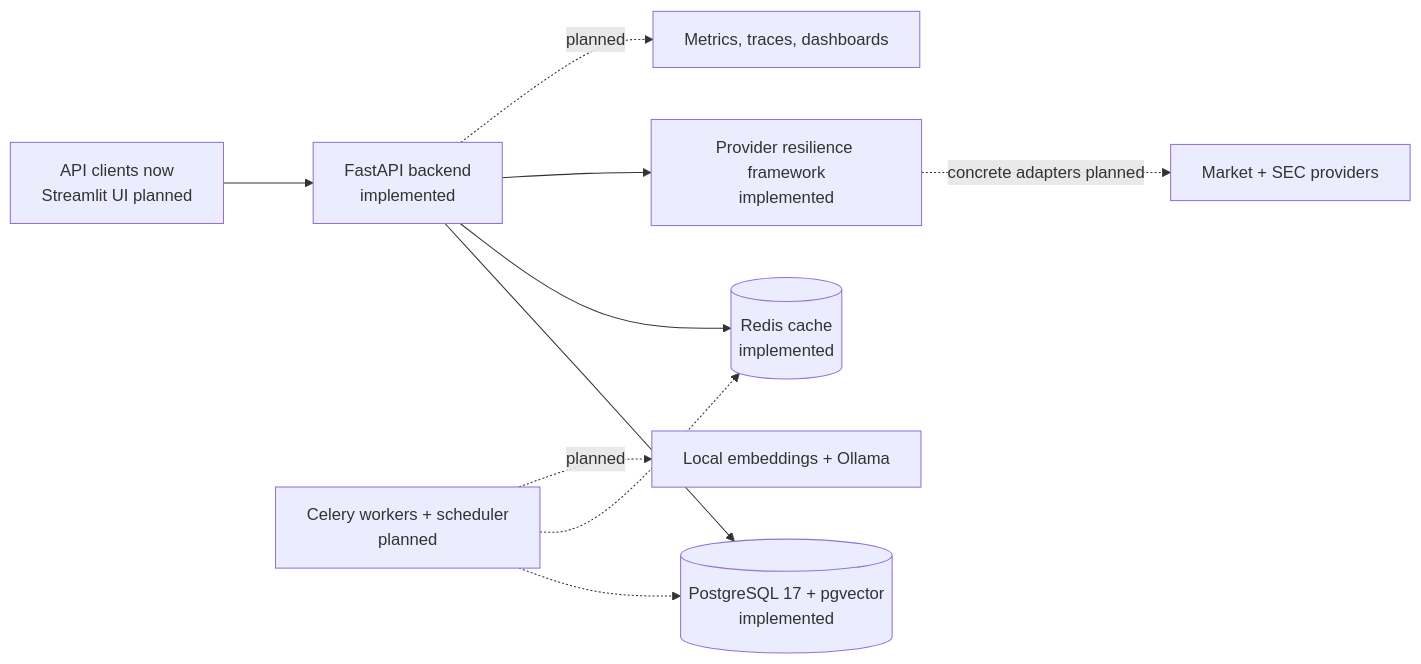
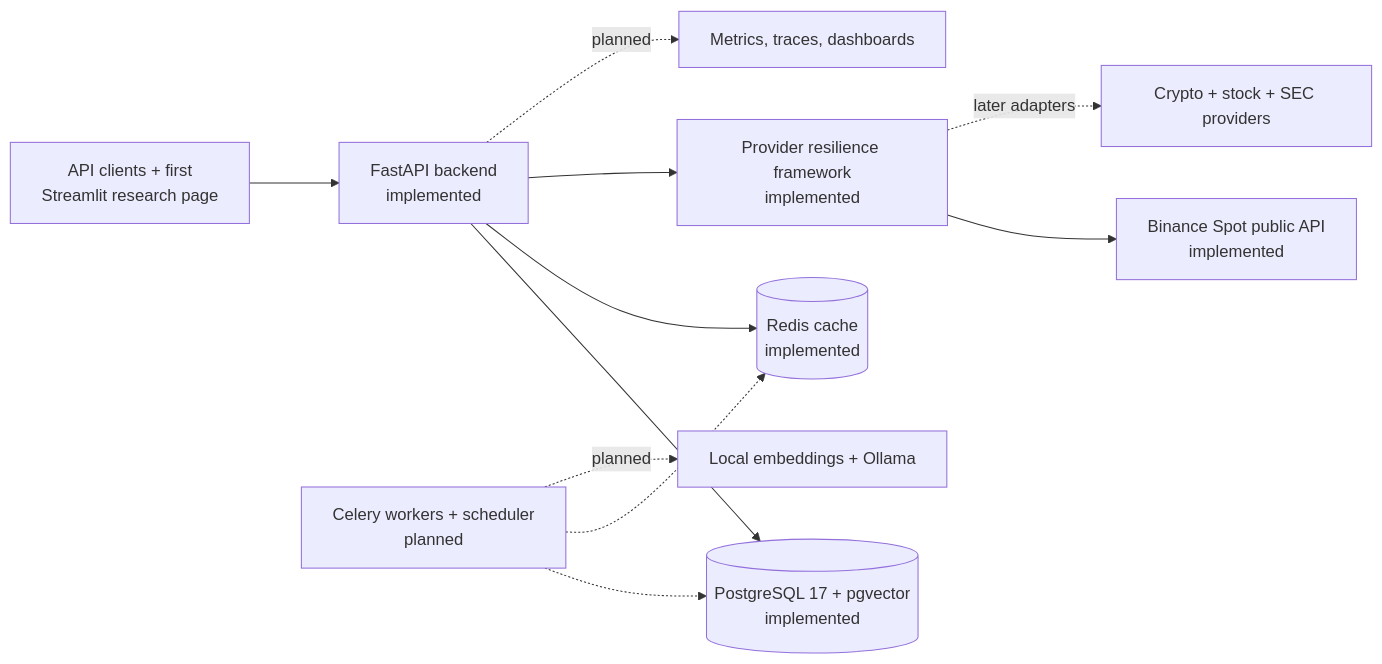
One commit to moazsarwar2004/ai-investment-research-copilot changed the diagram in README.md. Above: the diagram before and after it, drawn with Mermaid. The commit also changed other lines of this file and 28 other files, not shown here.

Commit message:
feat: complete phase 5 Binance Spot MVP

````diff
--- a/README.md
+++ b/README.md
@@ -65,12 +65,13 @@
 ```mermaid
 flowchart LR
-    Client["API clients now<br/>Streamlit UI planned"] --> API["FastAPI backend<br/>implemented"]
+    Client["API clients + first<br/>Streamlit research page"] --> API["FastAPI backend<br/>implemented"]
     API --> PostgreSQL[("PostgreSQL 17 + pgvector<br/>implemented")]
     API --> Redis[("Redis cache<br/>implemented")]
     API --> ProviderFramework["Provider resilience framework<br/>implemented"]
-    ProviderFramework -. "concrete adapters planned" .-> Providers["Market + SEC providers"]
+    ProviderFramework --> Binance["Binance Spot public API<br/>implemented"]
+    ProviderFramework -. "later adapters" .-> Providers["Crypto + stock + SEC providers"]
     Workers["Celery workers + scheduler<br/>planned"] -.-> PostgreSQL
     Workers -.-> Redis
     Workers -. "planned" .-> Ollama["Local embeddings + Ollama"]
     API -. "planned" .-> Observability["Metrics, traces, dashboards"]
 ```
````
